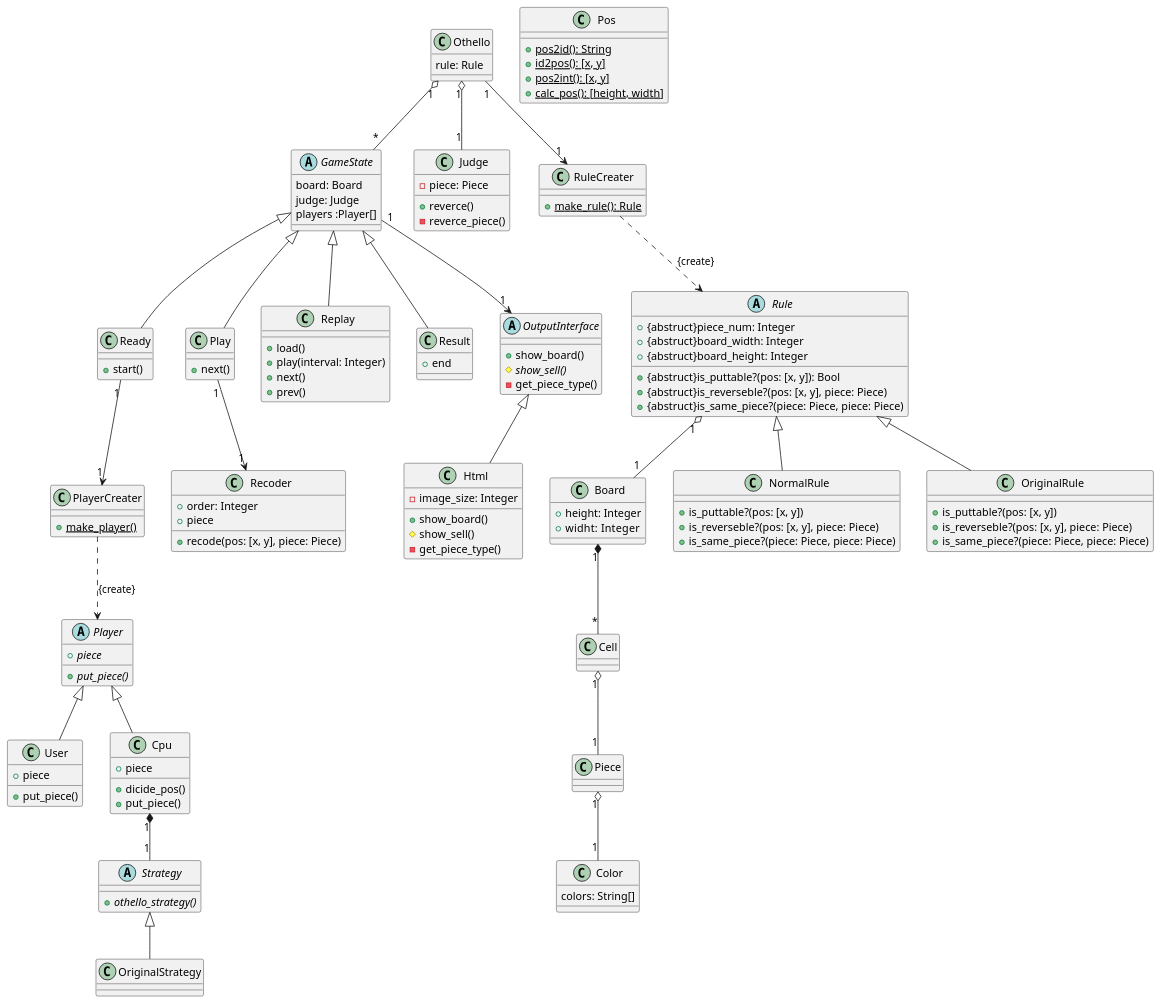
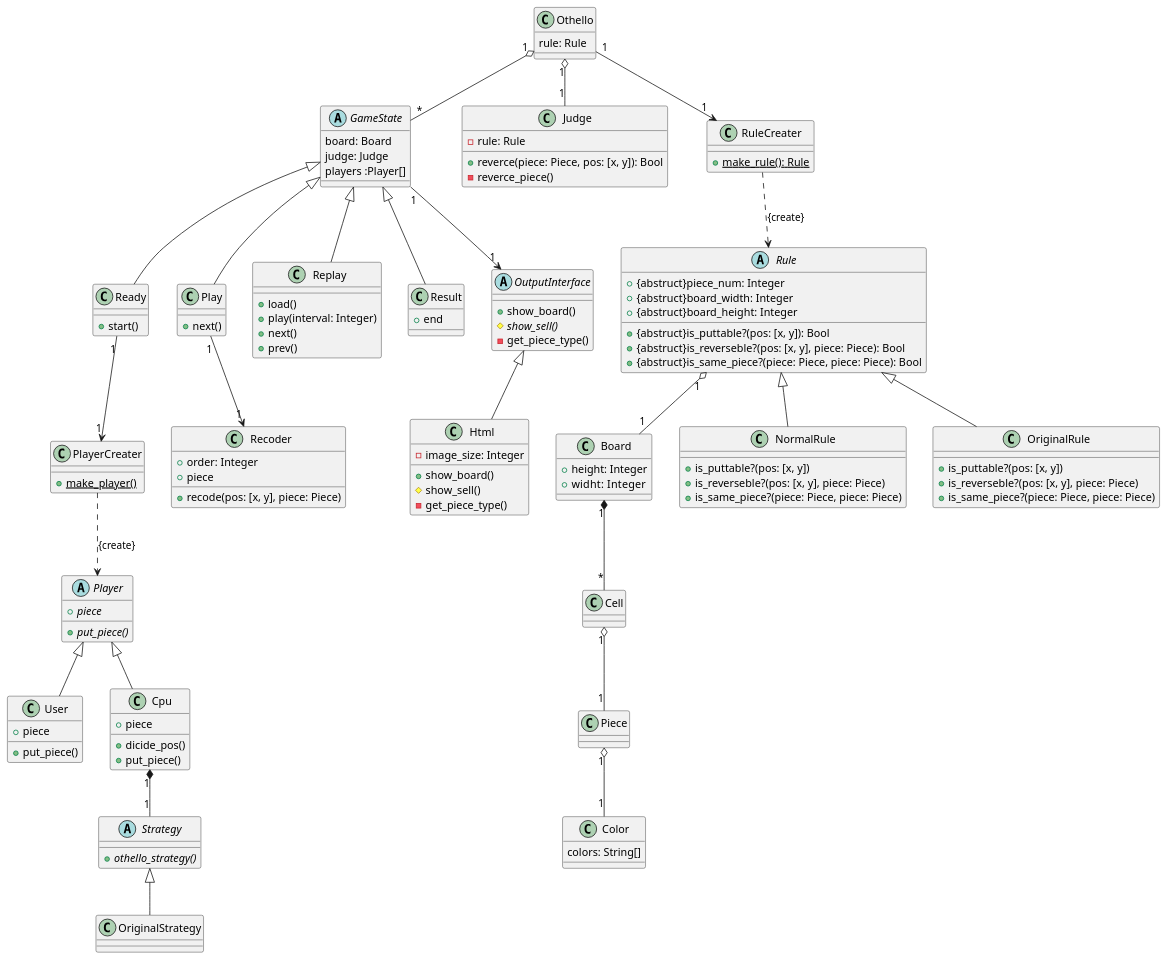
The diagram in uml/othello.pu (MaxMEllon/AppBox), drawn with PlantUML before and after one commit. The commit also changed 1 other file, not shown here.

Commit message:
edit: uml

```diff
--- a/uml/othello.pu
+++ b/uml/othello.pu
@@ -1,176 +1,176 @@
 @startuml{othello.png}
 
 class Othello {
   rule: Rule
 }
 
 abstract GameState {
   board: Board
   judge: Judge
   players :Player[]
 }
 
 class Board {
   +height: Integer
   +widht:  Integer
 }
 
 class Cell {
 }
 
 class Piece {
 }
 
 class Piece {
 }
 
 class Color {
   colors: String[]
 }
 
-class Pos {
-  +{static} pos2id(): String
-  +{static} id2pos(): [x, y]
-  +{static} pos2int(): [x, y]
-  +{static} calc_pos(): [height, width]
-}
+' class Pos {
+'   +{static} pos2id(): String
+'   +{static} id2pos(): [x, y]
+'   +{static} pos2int(): [x, y]
+'   +{static} calc_pos(): [height, width]
+' }
 
 class Ready {
   +start()
 }
 
 class Play {
   +next()
 }
 
 class Replay {
   +load()
   +play(interval: Integer)
   +next()
   +prev()
 }
 
 class Result {
   +end
 }
 
 ' Outputinterface {{{
 abstract OutputInterface {
   +show_board()
   #{abstract} show_sell()
   -get_piece_type()
 }
 
 class Html {
   -image_size: Integer
 
   +show_board()
   #show_sell()
   -get_piece_type()
 }
 ' }}}
 
 ' Player {{{
 abstract Player {
   +{abstract} piece
   +{abstract} put_piece()
 }
 
 class User {
   +piece
   +put_piece()
 }
 
 class Cpu {
   +piece
   +dicide_pos()
   +put_piece()
 }
 
 abstract Strategy {
   +{abstract} othello_strategy()
 }
 class OriginalStrategy {
 
 }
 
 class PlayerCreater {
   +{static} make_player()
 }
 ' }}}
 
 class Judge {
-  -piece: Piece
-  +reverce()
+  -rule: Rule
+  +reverce(piece: Piece, pos: [x, y]): Bool
   -reverce_piece()
 }
 
 ' Rule {{{
 abstract Rule {
   +{abstruct}piece_num: Integer
   +{abstruct}board_width: Integer
   +{abstruct}board_height: Integer
 
   +{abstruct}is_puttable?(pos: [x, y]): Bool
-  +{abstruct}is_reverseble?(pos: [x, y], piece: Piece)
-  +{abstruct}is_same_piece?(piece: Piece, piece: Piece)
+  +{abstruct}is_reverseble?(pos: [x, y], piece: Piece): Bool
+  +{abstruct}is_same_piece?(piece: Piece, piece: Piece): Bool
 }
 
 class NormalRule {
   +is_puttable?(pos: [x, y])
   +is_reverseble?(pos: [x, y], piece: Piece)
   +is_same_piece?(piece: Piece, piece: Piece)
 }
 
 class OriginalRule {
   +is_puttable?(pos: [x, y])
   +is_reverseble?(pos: [x, y], piece: Piece)
   +is_same_piece?(piece: Piece, piece: Piece)
 }
 
 class Recoder {
   +order: Integer
   +piece
   +recode(pos: [x, y], piece: Piece)
 }
 
 class RuleCreater {
   +{static} make_rule(): Rule
 }
 
 ' }}}
 
 ' 関連 {{{
 Othello "1" o-- "*" GameState
 Othello "1" o-- "1" Judge
 Othello "1" --> "1" RuleCreater
 
 GameState <|-- Ready
 GameState <|-- Play
 GameState <|-- Replay
 GameState <|-- Result
 GameState "1" --> "1" OutputInterface
 Ready "1" --> "1" PlayerCreater
 Play "1" --> "1" Recoder
 
 Board "1" *-- "*" Cell
 
 RuleCreater ..> Rule : {create}
 Rule <|-- NormalRule
 Rule <|-- OriginalRule
 Rule "1" o-- "1" Board
 
 PlayerCreater ..> Player : {create}
 Player <|-- User
 Player <|-- Cpu
 
 Cpu "1" *-- "1" Strategy
 Strategy <|-- OriginalStrategy
 
 Cell  "1" o-- "1" Piece
 Piece "1" o-- "1" Color
 
 OutputInterface <|-- Html
 ' }}}
 
 @enduml
```
